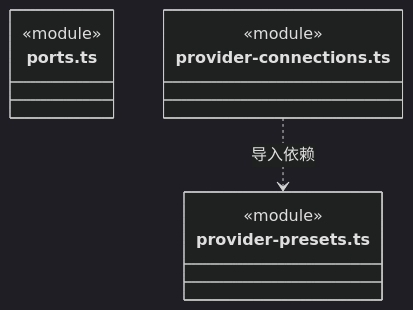
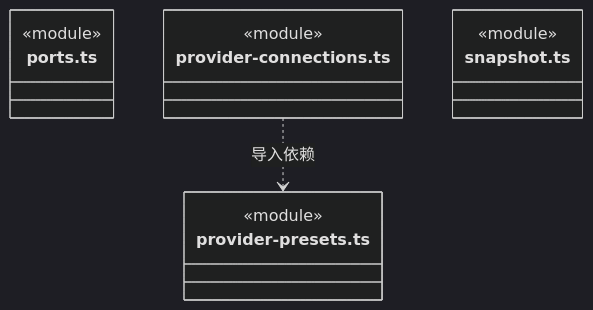
One commit to nan023062/cbim changed the second of 6 diagrams in src/logic/models/ARCHITECTURE.md. Above: the diagram before and after it, drawn with Mermaid (dark theme). The commit also changed other lines of this file and 62 other files, not shown here.

````diff
--- a/src/logic/models/ARCHITECTURE.md
+++ b/src/logic/models/ARCHITECTURE.md
@@ -53,13 +54,16 @@
 ```mermaid
 classDiagram
 class N_src_logic_models_ports_ts["ports.ts"] {
   <<module>>
 }
 class N_src_logic_models_provider_connections_ts["provider-connections.ts"] {
   <<module>>
 }
 class N_src_logic_models_provider_presets_ts["provider-presets.ts"] {
   <<module>>
 }
+class N_src_logic_models_snapshot_ts["snapshot.ts"] {
+  <<module>>
+}
 N_src_logic_models_provider_connections_ts ..> N_src_logic_models_provider_presets_ts : 导入依赖
 ```
````
